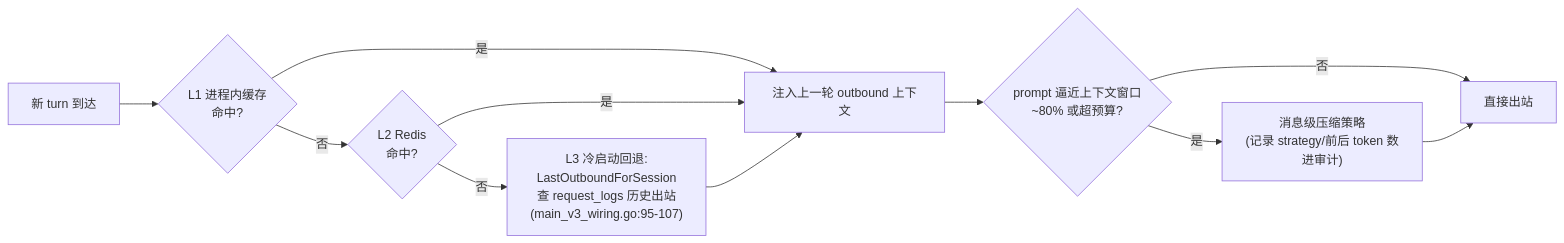
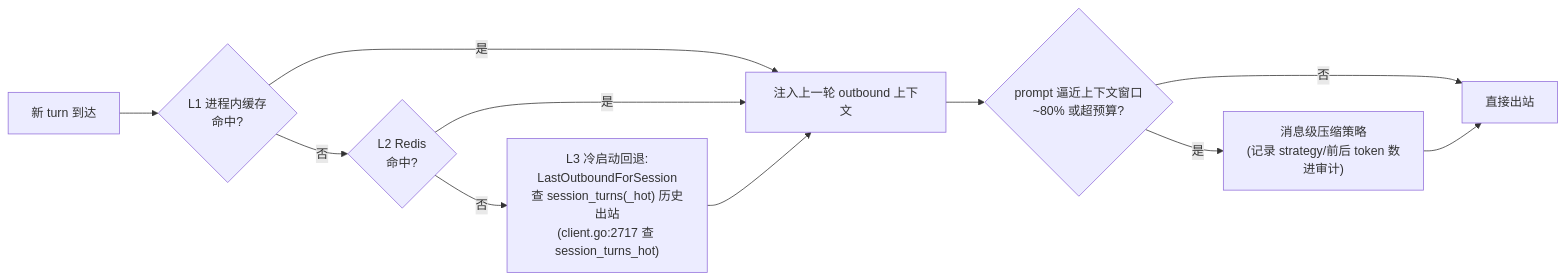
Before and after one commit to halfking/ai-native-gateway-core: the seventh of 9 diagrams in docs/session-lifecycle.md, drawn with Mermaid. The commit also changed other lines of this file and 41 other files, not shown here.

Commit message:
feat(outbox|taskbus|capture): GW-1.2 event_builder_v1 + ASM taskbus 双写桥 S1（TASKBUS_ASM_BRIDGE 默认关）+ userscript capture 摄取端点（P0-3 M1，SECRET 未配置=能力不可用）+ session-lifecycle 事实快照刷新至 2026-11-02（v1 request_logs 族已 DROP，会话族唯一 canonical）

````diff
--- a/docs/session-lifecycle.md
+++ b/docs/session-lifecycle.md
@@ -239,13 +240,13 @@
 ```mermaid
 graph LR
     TURN["新 turn 到达"] --> C1{"L1 进程内缓存<br/>命中?"}
     C1 -->|"是"| USE["注入上一轮 outbound 上下文"]
     C1 -->|"否"| C2{"L2 Redis<br/>命中?"}
     C2 -->|"是"| USE
-    C2 -->|"否"| C3["L3 冷启动回退:<br/>LastOutboundForSession<br/>查 request_logs 历史出站<br/>(main_v3_wiring.go:95-107)"]
+    C2 -->|"否"| C3["L3 冷启动回退:<br/>LastOutboundForSession<br/>查 session_turns(_hot) 历史出站<br/>(client.go:2717 查 session_turns_hot)"]
     C3 --> USE
     USE --> BIG{"prompt 逼近上下文窗口<br/>~80% 或超预算?"}
     BIG -->|"是"| COMP["消息级压缩策略<br/>(记录 strategy/前后 token 数进审计)"]
     BIG -->|"否"| OUT["直接出站"]
     COMP --> OUT
 ```
````
